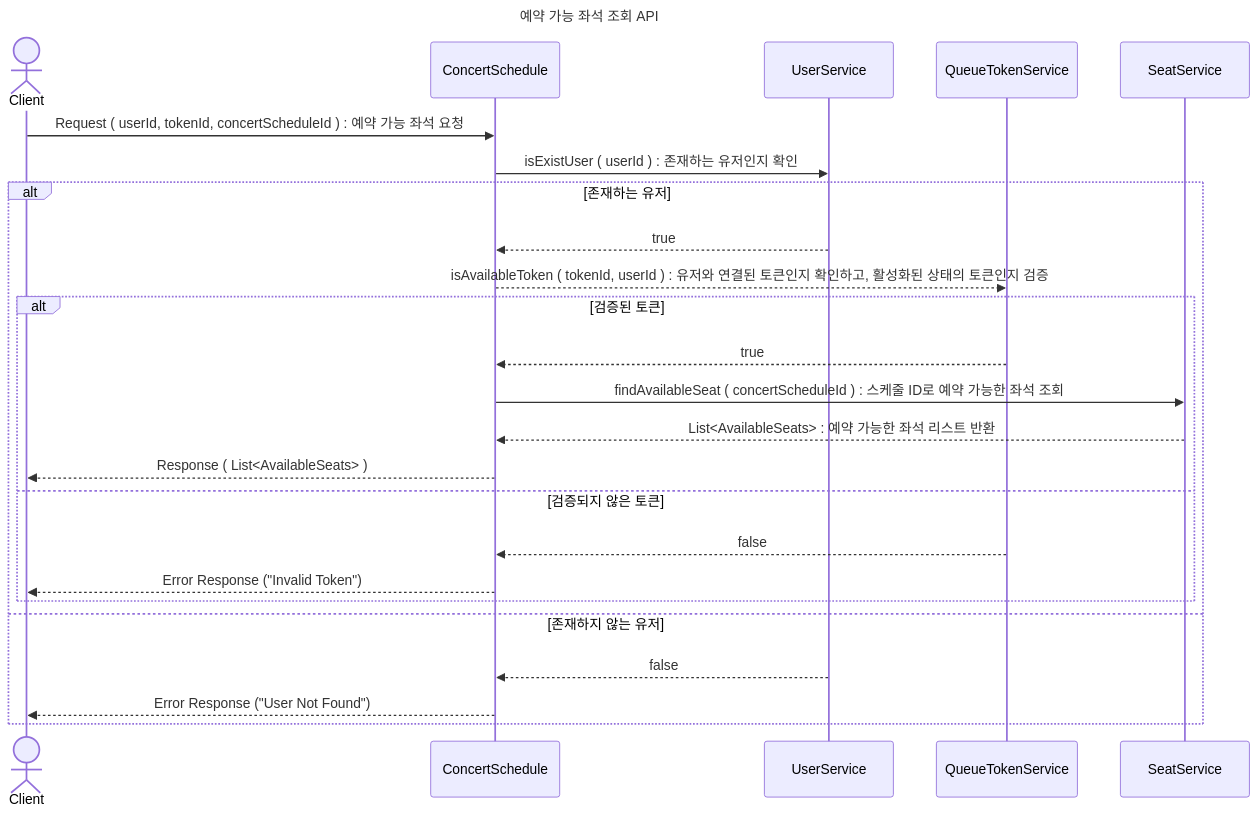
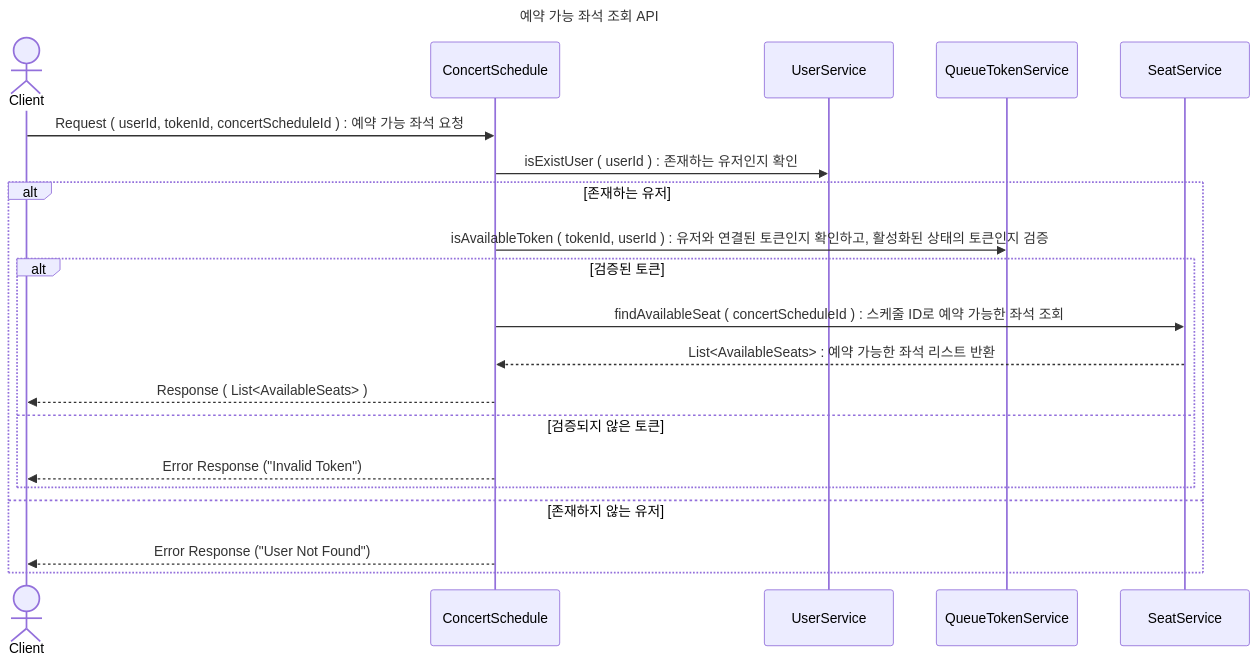
One commit to GustavEiffels/hhplus_server_build changed the diagram in design/sequence_diagram/예약_가능_좌석_조회_API.md. Above: the diagram before and after it, drawn with Mermaid.

Commit message:
[fix] 예약 가능 좌석 조회 API 시퀀스 다이어그램 수정

````diff
--- a/design/sequence_diagram/예약_가능_좌석_조회_API.md
+++ b/design/sequence_diagram/예약_가능_좌석_조회_API.md
@@ -1,38 +1,33 @@
 ```mermaid
 ---
 title: 예약 가능 좌석 조회 API  
 ---
 sequenceDiagram
     Actor cl as Client
     participant sch as ConcertSchedule
     participant us as UserService
     participant qu as QueueTokenService 
     participant se as SeatService 
     
     cl->>sch : Request ( userId, tokenId, concertScheduleId ) : 예약 가능 좌석 요청 
     sch->>us : isExistUser ( userId ) : 존재하는 유저인지 확인 
 
     alt 존재하는 유저
-        us-->>sch : true 
-
-        sch-->>qu : isAvailableToken ( tokenId, userId ) : 유저와 연결된 토큰인지 확인하고, 활성화된 상태의 토큰인지 검증
-
+        sch->>qu : isAvailableToken ( tokenId, userId ) : 유저와 연결된 토큰인지 확인하고, 활성화된 상태의 토큰인지 검증
 
         alt 검증된 토큰 
-            qu-->>sch : true
             sch->>se : findAvailableSeat ( concertScheduleId ) : 스케줄 ID로 예약 가능한 좌석 조회
             se-->>sch : List<AvailableSeats> : 예약 가능한 좌석 리스트 반환
             sch-->>cl : Response ( List<AvailableSeats> )
 
         else 검증되지 않은 토큰 
-            qu-->>sch : false
             sch-->> cl : Error Response ("Invalid Token")
         end 
 
 
     else 존재하지 않는 유저 
-        us-->>sch : false
+    
         sch-->>cl :  Error Response ("User Not Found")
     end 
                    
 ```
````
